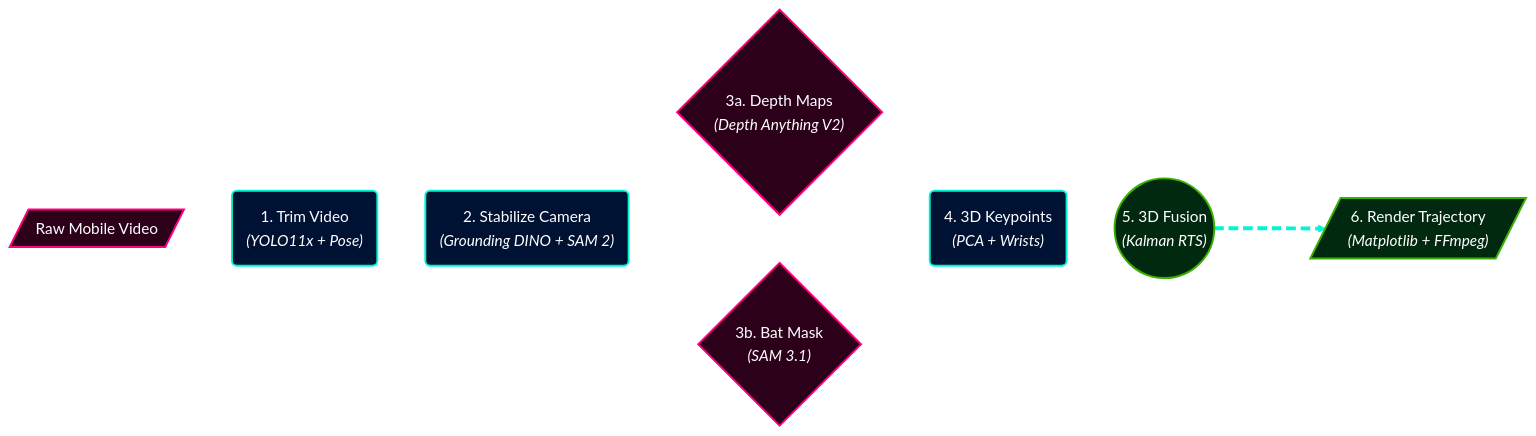
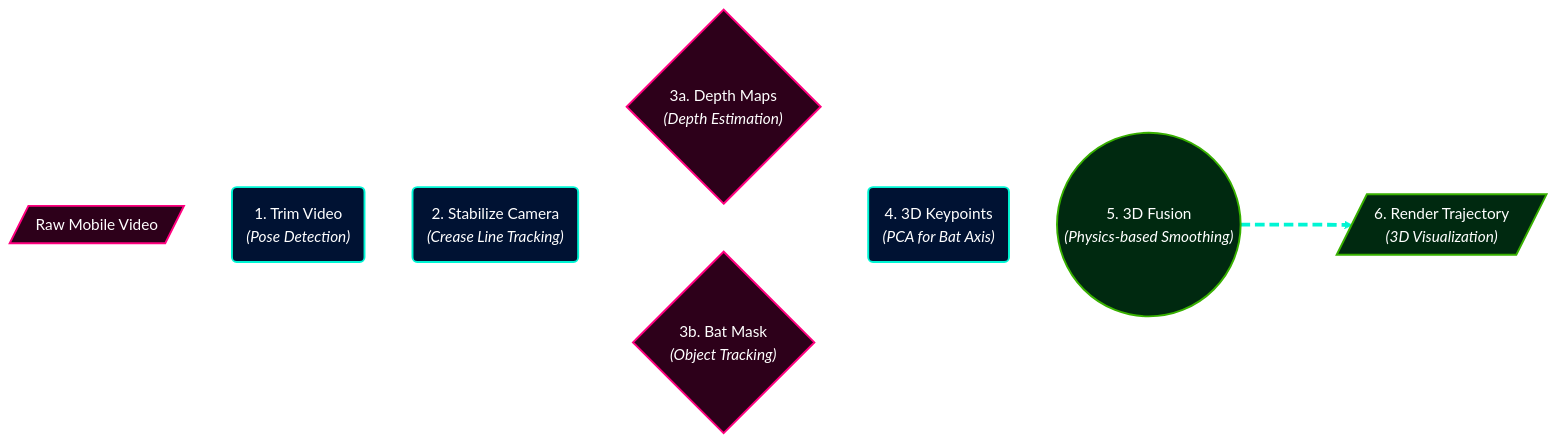
One commit to adnanmsk/blog_privew changed the first of 10 diagrams in pipeline_diagrams.md. Above: the diagram before and after it, drawn with Mermaid. The commit also changed other lines of this file, not shown here.

Commit message:
Update all 13 pipeline diagram options to use model-free task labels

````diff
--- a/pipeline_diagrams.md
+++ b/pipeline_diagrams.md
@@ -86,23 +86,23 @@
 ```mermaid
 flowchart LR
     %% Custom Styles
     classDef pink fill:#2d001a,stroke:#ff007f,stroke-width:2px,color:#fff;
     classDef blue fill:#001233,stroke:#00f5d4,stroke-width:2px,color:#fff;
     classDef green fill:#002910,stroke:#38b000,stroke-width:2px,color:#fff;
 
-    A[/"Raw Mobile Video"/]:::pink --> B("1. Trim Video<br><i>(YOLO11x + Pose)</i>"):::blue
-    B --> C("2. Stabilize Camera<br><i>(Grounding DINO + SAM 2)</i>"):::blue
+    A[/"Raw Mobile Video"/]:::pink --> B("1. Trim Video<br><i>(Pose Detection)</i>"):::blue
+    B --> C("2. Stabilize Camera<br><i>(Crease Line Tracking)</i>"):::blue
     
-    C --> D{"3a. Depth Maps<br><i>(Depth Anything V2)</i>"}:::pink
-    C --> E{"3b. Bat Mask<br><i>(SAM 3.1)</i>"}:::pink
+    C --> D{"3a. Depth Maps<br><i>(Depth Estimation)</i>"}:::pink
+    C --> E{"3b. Bat Mask<br><i>(Object Tracking)</i>"}:::pink
     
-    D --> F("4. 3D Keypoints<br><i>(PCA + Wrists)</i>"):::blue
+    D --> F("4. 3D Keypoints<br><i>(PCA for Bat Axis)</i>"):::blue
     E --> F
     
-    F --> G(("5. 3D Fusion<br><i>(Kalman RTS)</i>")):::green
-    G ===> H[/"6. Render Trajectory<br><i>(Matplotlib + FFmpeg)</i>"/]:::green
+    F --> G(("5. 3D Fusion<br><i>(Physics-based Smoothing)</i>")):::green
+    G ===> H[/"6. Render Trajectory<br><i>(3D Visualization)</i>"/]:::green
     
     %% Animated-looking dashed lines
     linkStyle 0,1,2,3,4,5,6 stroke:#fff,stroke-width:2px,stroke-dasharray: 8 4;
     linkStyle 7 stroke:#00f5d4,stroke-width:4px,stroke-dasharray: 10 5;
 ```
````
